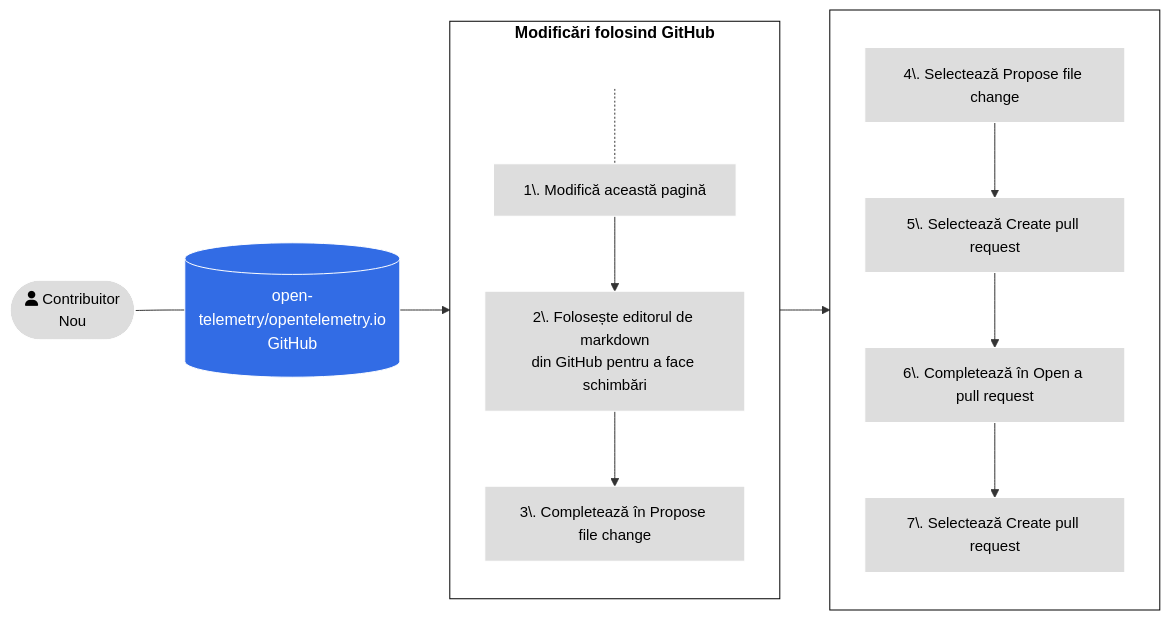
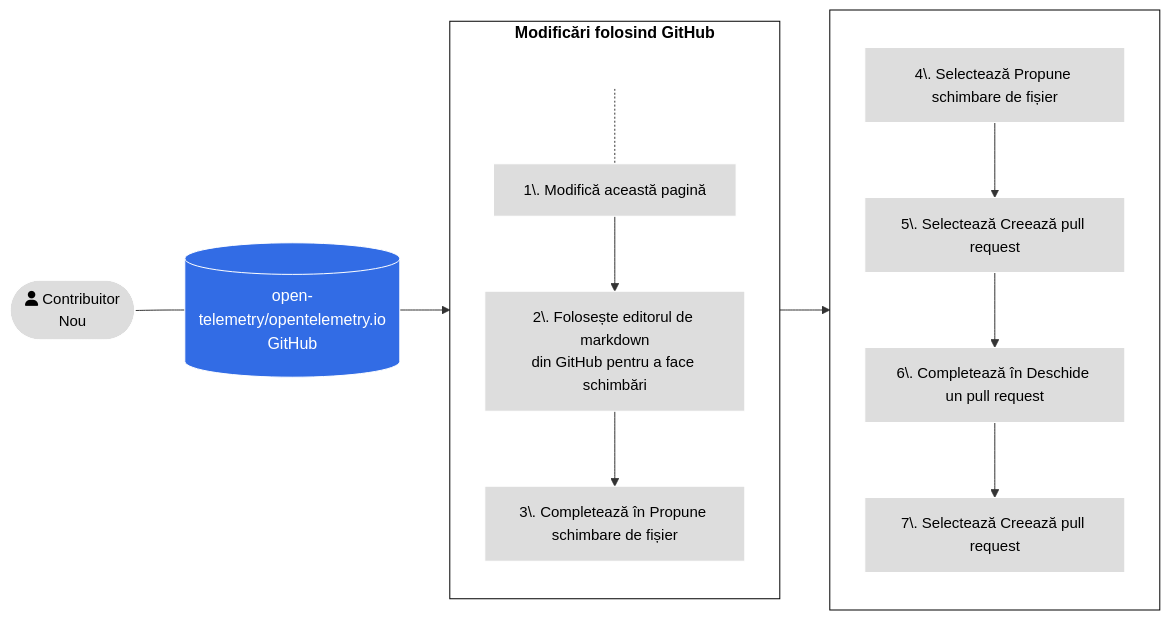
The second of 4 diagrams in content/ro/docs/contributing/pull-requests.md (open-telemetry/opentelemetry.io), drawn with Mermaid before and after one commit. The commit also changed other lines of this file, not shown here.

````diff
--- a/content/ro/docs/contributing/pull-requests.md
+++ b/content/ro/docs/contributing/pull-requests.md
@@ -99,27 +99,27 @@
 ```mermaid
 flowchart LR
 A([fa:fa-user Contribuitor<br>Nou]) --- id1[(open-telemetry/opentelemetry.io<br>GitHub)]
 subgraph tasks[Modificări folosind GitHub]
 direction TB
     0[ ] -.-
     1[1\. Modifică această pagină] --> 2[2\. Folosește editorul de markdown<br>din GitHub pentru a face schimbări]
-    2 --> 3[3\. Completează în Propose file change]
+    2 --> 3[3\. Completează în Propune schimbare de fișier]
 
 end
 subgraph tasks2[ ]
 direction TB
-4[4\. Selectează Propose file change] --> 5[5\. Selectează Create pull request] --> 6[6\. Completează în Open a pull request]
-6 --> 7[7\. Selectează Create pull request]
+4[4\. Selectează Propune schimbare de fișier] --> 5[5\. Selectează Creează pull request] --> 6[6\. Completează în Deschide un pull request]
+6 --> 7[7\. Selectează Creează pull request]
 end
 
 id1 --> tasks --> tasks2
 
 classDef grey fill:#dddddd,stroke:#ffffff,stroke-width:px,color:#000000, font-size:15px;
 classDef white fill:#ffffff,stroke:#000,stroke-width:px,color:#000,font-weight:bold
 classDef k8s fill:#326ce5,stroke:#fff,stroke-width:1px,color:#fff;
 classDef spacewhite fill:#ffffff,stroke:#fff,stroke-width:0px,color:#000
 class A,1,2,3,4,5,6,7 grey
 class 0 spacewhite
 class tasks,tasks2 white
 class id1 k8s
 ```
````
